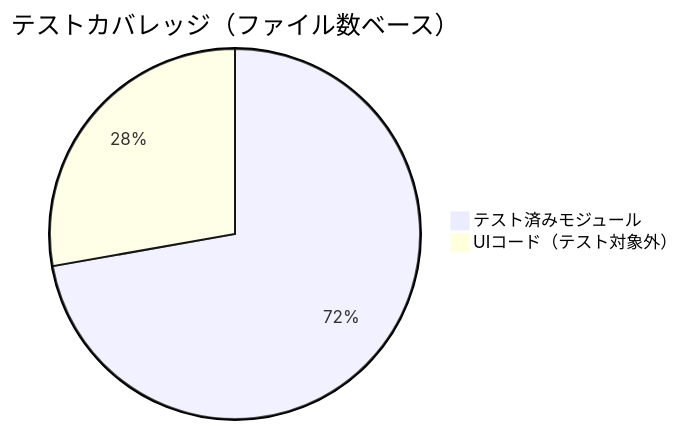
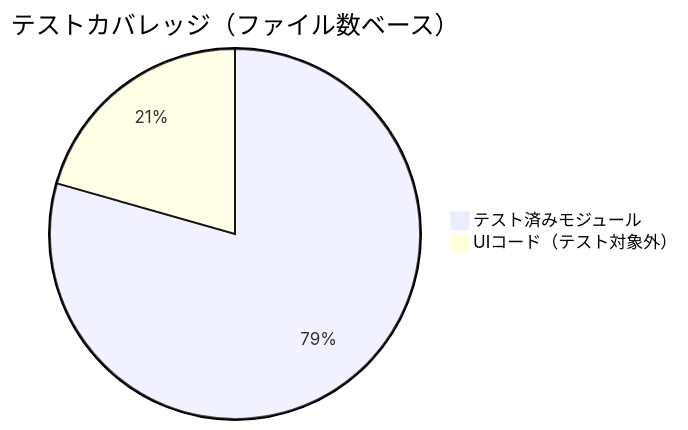
Diagram 21 of 27 in test.md (tanaton/mendo), drawn with Mermaid before and after one commit. The commit also changed other lines of this file, not shown here.

````diff
--- a/test.md
+++ b/test.md
@@ -951,5 +1463,5 @@
 ```mermaid
 pie title テストカバレッジ（ファイル数ベース）
-    "テスト済みモジュール" : 13
-    "UIコード（テスト対象外）" : 5
+    "テスト済みモジュール" : 27
+    "UIコード（テスト対象外）" : 7
 ```
````
